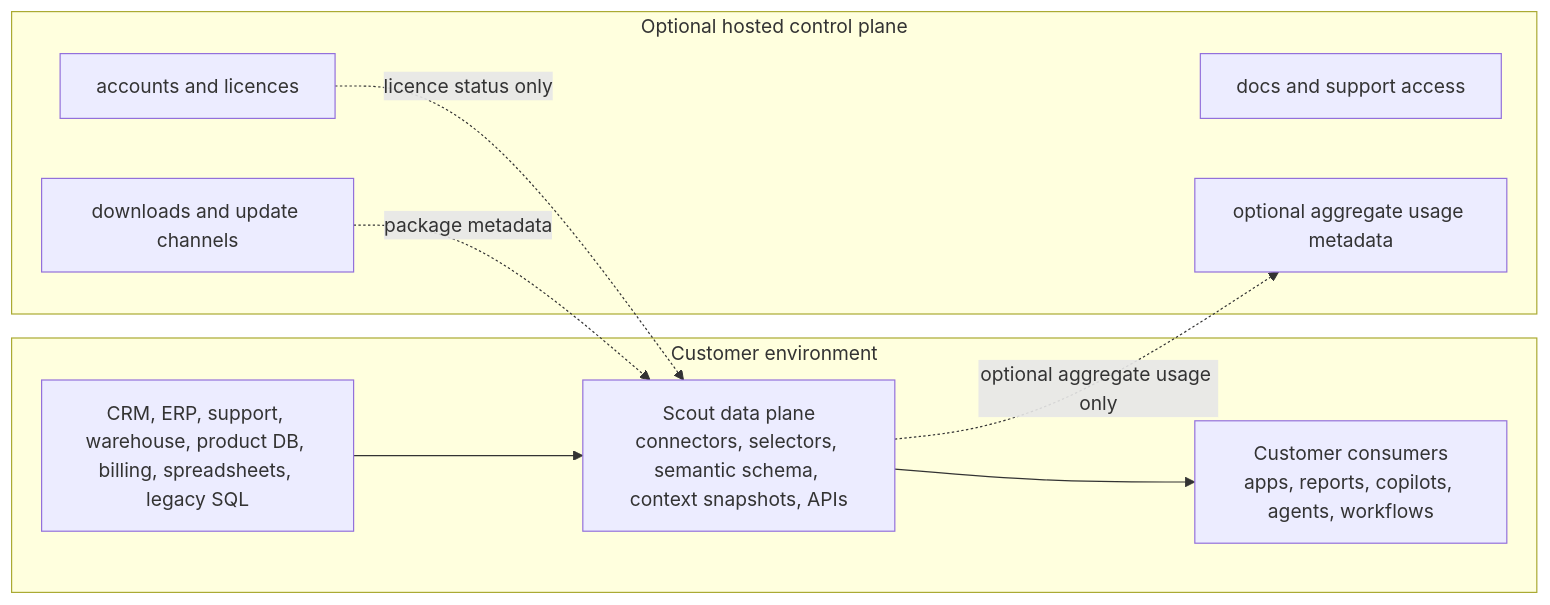
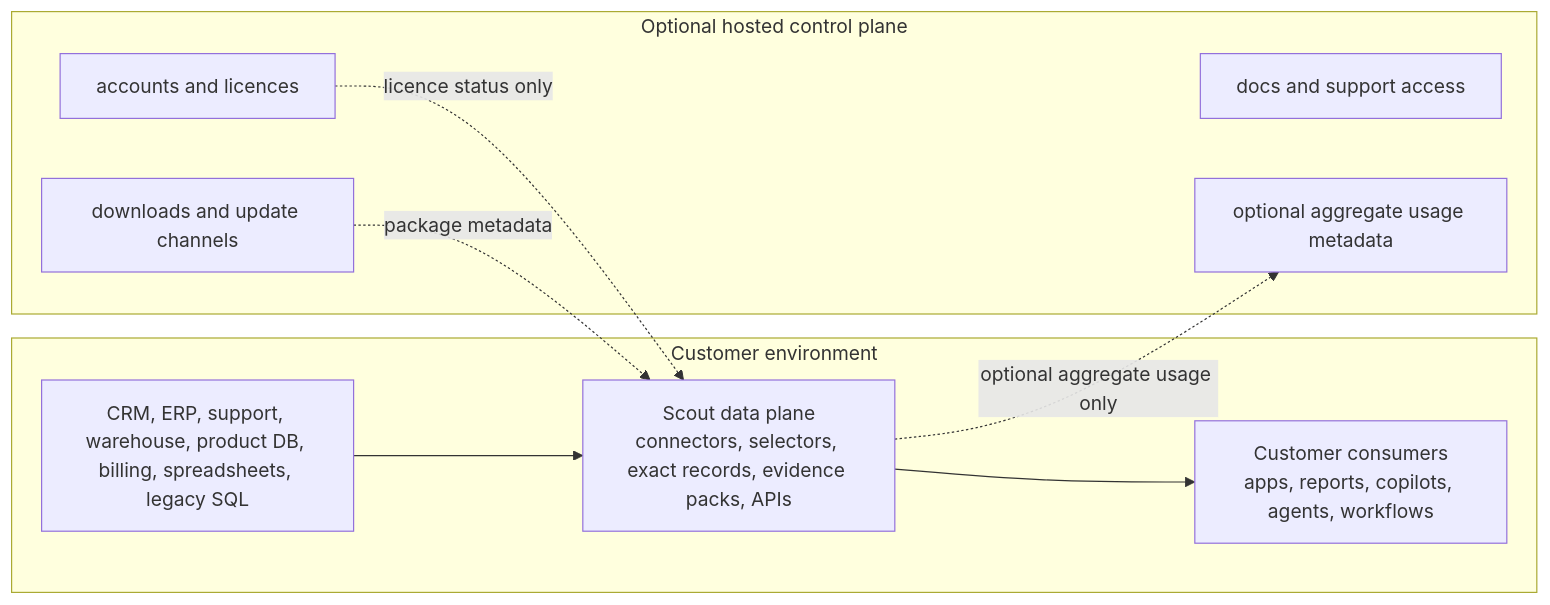
Before and after one commit to PaulJMaddison/scout: the diagram in docs/control-plane-data-plane.md, drawn with Mermaid. The commit also changed other lines of this file and 51 other files, not shown here.

````diff
--- a/docs/control-plane-data-plane.md
+++ b/docs/control-plane-data-plane.md
@@ -47,21 +53,21 @@
 ```mermaid
 flowchart LR
     subgraph Customer["Customer environment"]
         Sources["CRM, ERP, support, warehouse, product DB, billing, spreadsheets, legacy SQL"]
-        DataPlane["Scout data plane\nconnectors, selectors, semantic schema, context snapshots, APIs"]
+        DataPlane["Scout data plane\nconnectors, selectors, exact records, evidence packs, APIs"]
         Consumers["Customer consumers\napps, reports, copilots, agents, workflows"]
         Sources --> DataPlane
         DataPlane --> Consumers
     end
 
     subgraph Hosted["Optional hosted control plane"]
         Account["accounts and licences"]
         Downloads["downloads and update channels"]
         Support["docs and support access"]
         Usage["optional aggregate usage metadata"]
     end
 
     Account -. licence status only .-> DataPlane
     Downloads -. package metadata .-> DataPlane
     DataPlane -. optional aggregate usage only .-> Usage
 ```
````
